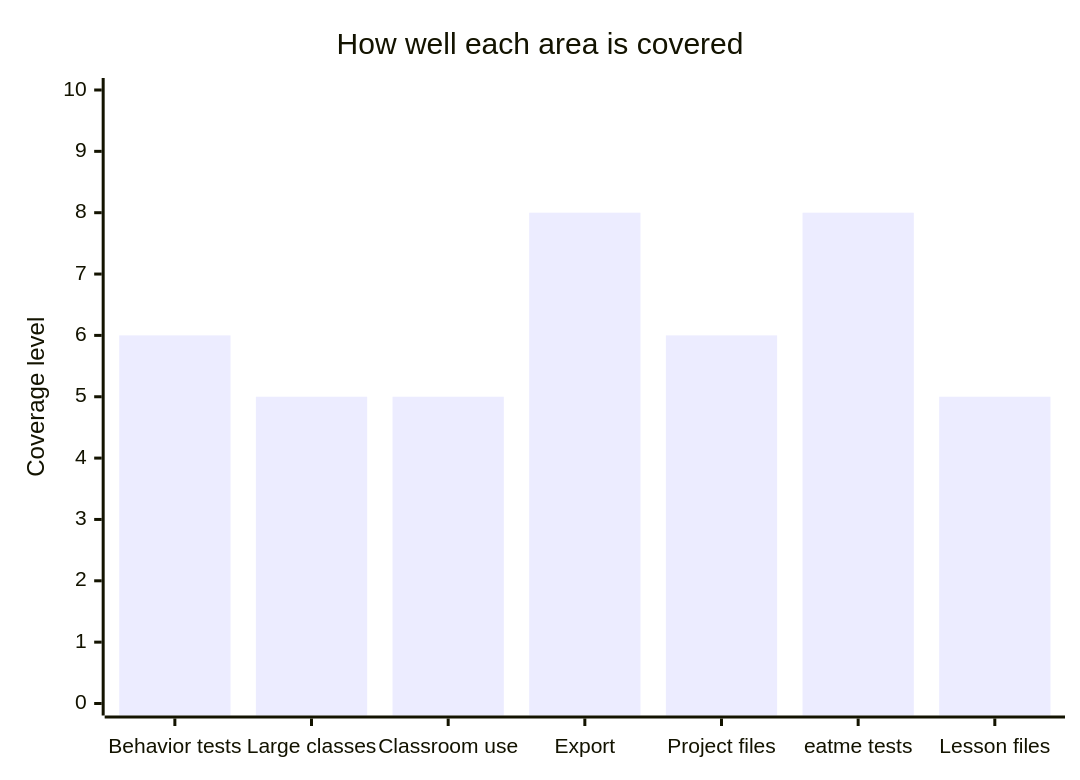
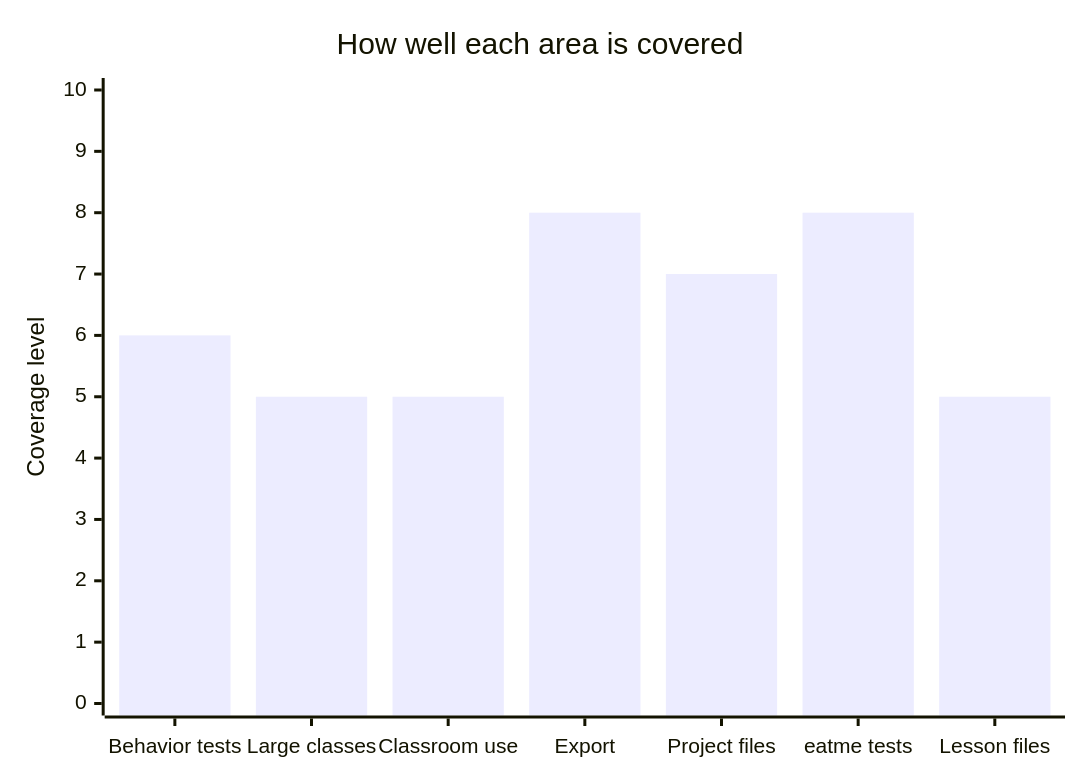
The second of 6 diagrams in README.md (rysweet/drinkme), drawn with Mermaid before and after one commit. The commit also changed other lines of this file and 2 other files, not shown here.

````diff
--- a/README.md
+++ b/README.md
@@ -56,7 +56,7 @@
 ```mermaid
 xychart-beta
   title "How well each area is covered"
   x-axis ["Behavior tests", "Large classes", "Classroom use", "Export", "Project files", "eatme tests", "Lesson files"]
   y-axis "Coverage level" 0 --> 10
-  bar [6, 5, 5, 8, 6, 8, 5]
+  bar [6, 5, 5, 8, 7, 8, 5]
 ```
````
